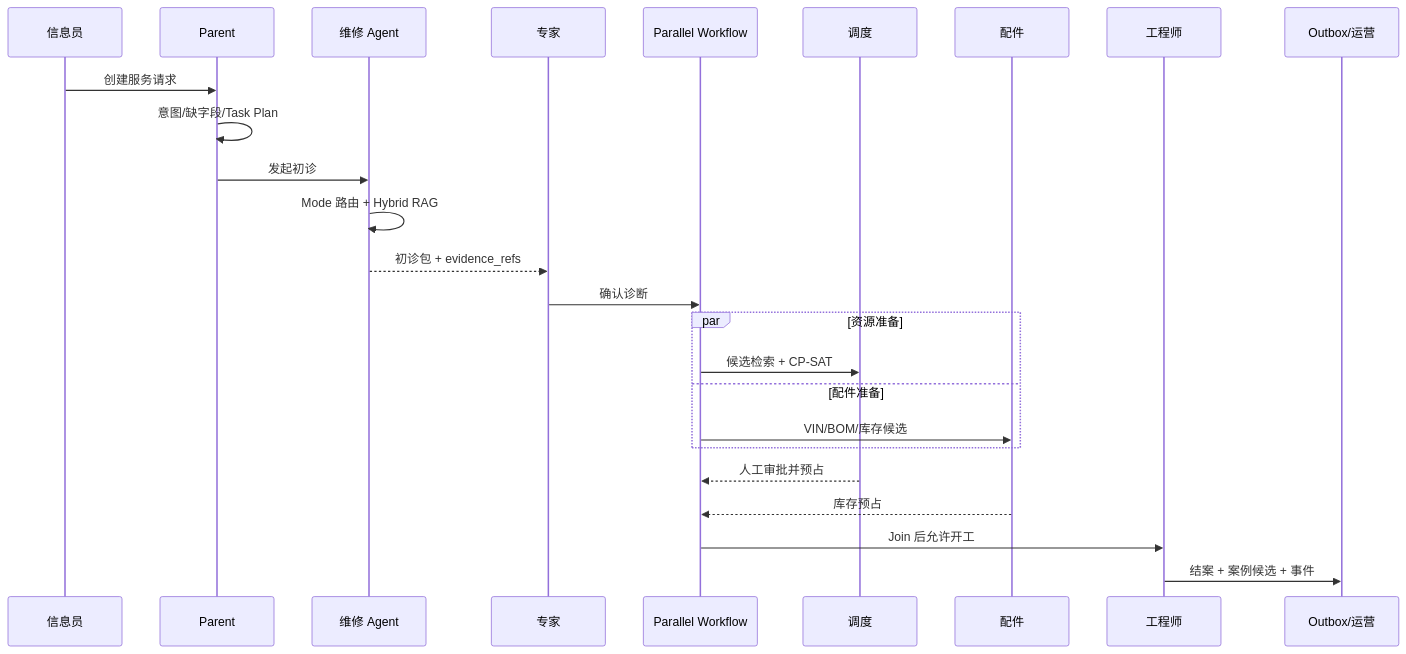
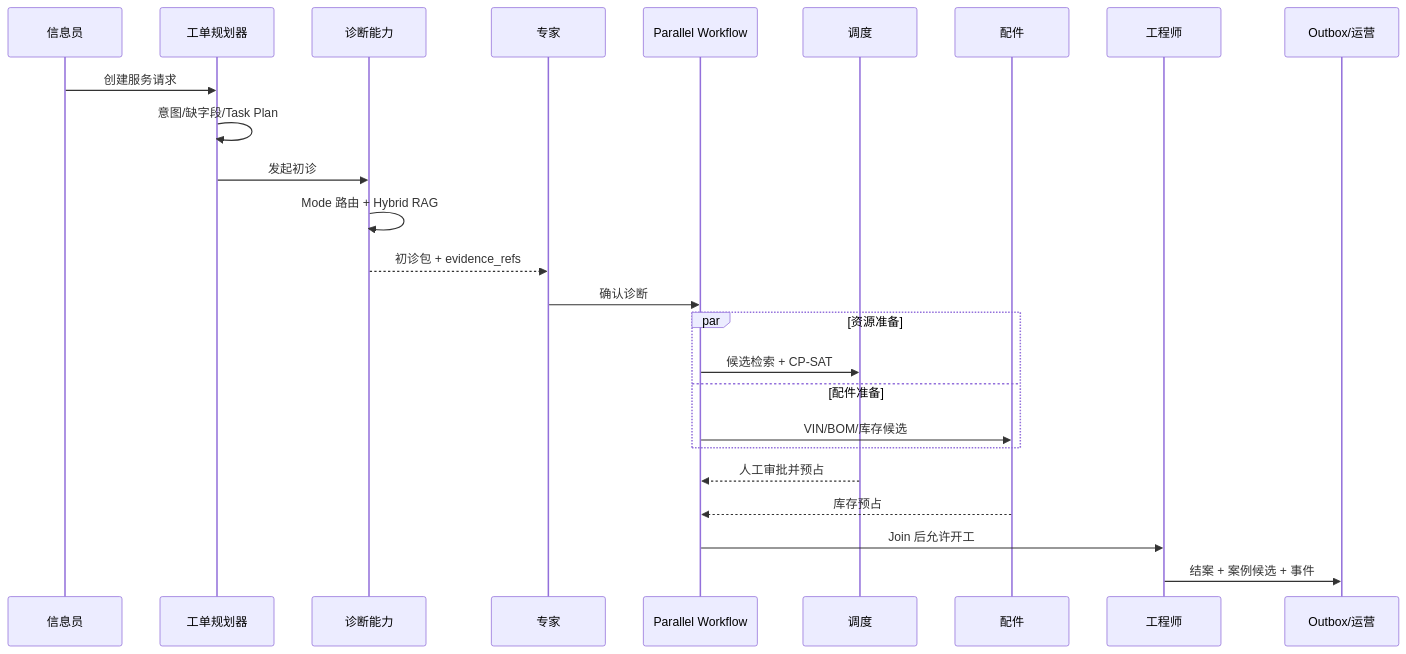
The second of 2 diagrams in docs/explanation/总体架构与七层映射.md (lw9335/AI-Car), drawn with Mermaid before and after one commit. The commit also changed other lines of this file and 90 other files, not shown here.

````diff
--- a/docs/explanation/总体架构与七层映射.md
+++ b/docs/explanation/总体架构与七层映射.md
@@ -72,27 +82,27 @@
 ```mermaid
 sequenceDiagram
   participant I as 信息员
-  participant P as Parent
-  participant M as 维修 Agent
+  participant P as 工单规划器
+  participant M as 诊断能力
   participant X as 专家
   participant W as Parallel Workflow
   participant D as 调度
   participant S as 配件
   participant T as 工程师
   participant O as Outbox/运营
   I->>P: 创建服务请求
   P->>P: 意图/缺字段/Task Plan
   P->>M: 发起初诊
   M->>M: Mode 路由 + Hybrid RAG
   M-->>X: 初诊包 + evidence_refs
   X->>W: 确认诊断
   par 资源准备
     W->>D: 候选检索 + CP-SAT
   and 配件准备
     W->>S: VIN/BOM/库存候选
   end
   D-->>W: 人工审批并预占
   S-->>W: 库存预占
   W->>T: Join 后允许开工
   T->>O: 结案 + 案例候选 + 事件
 ```
````
